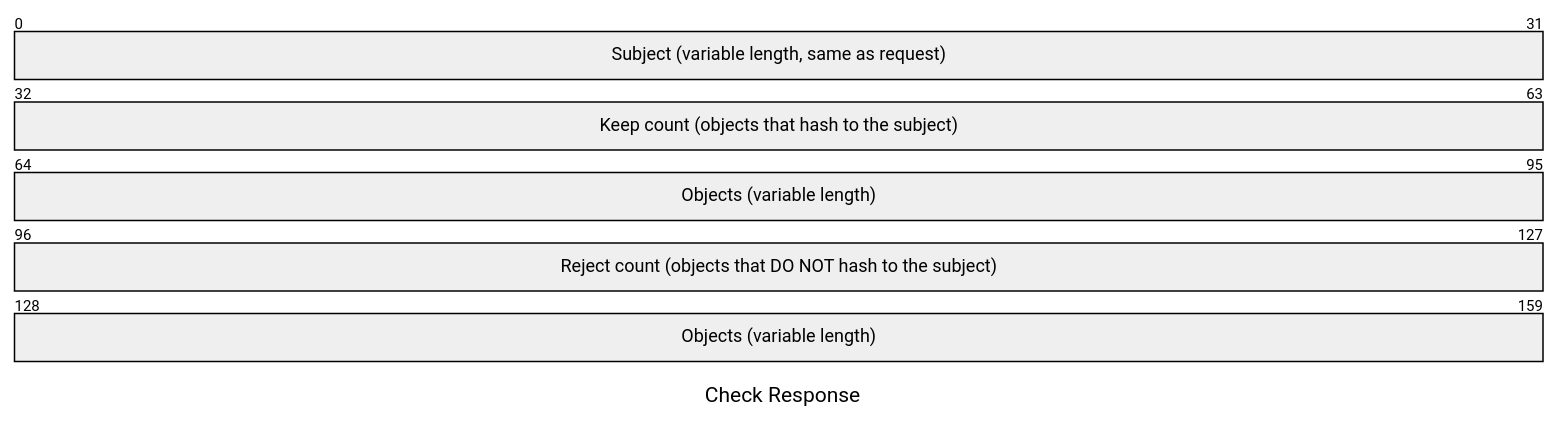
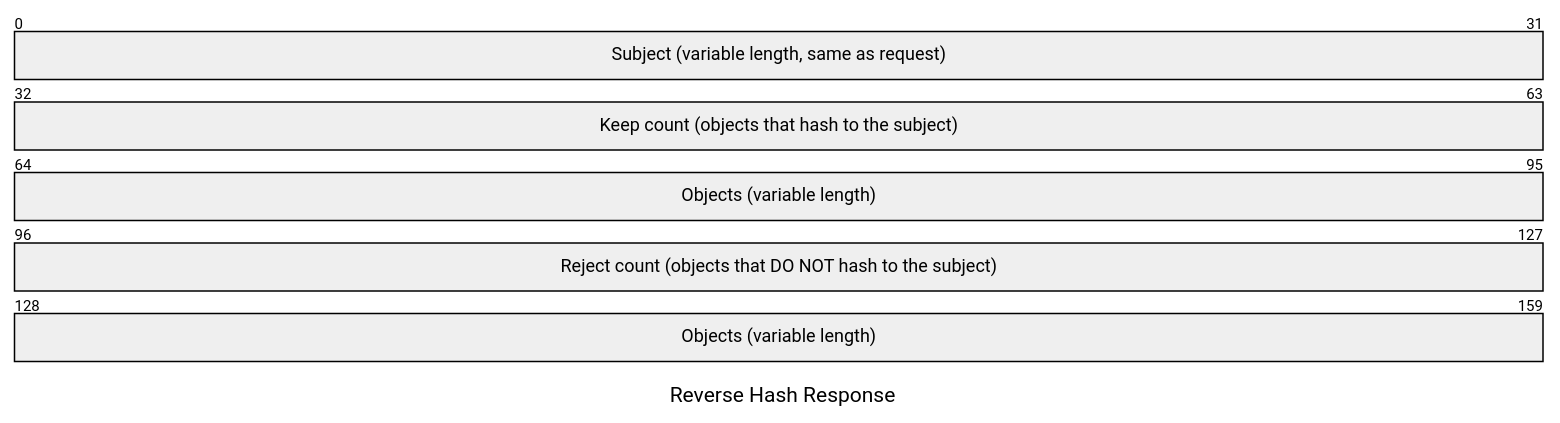
One commit to xmidt-org/hashy changed the fifth of 5 diagrams in README.md. Above: the diagram before and after it, drawn with Mermaid. The commit also changed other lines of this file, not shown here.

Commit message:
feat: hash vs reverse hash, errors

````diff
--- a/README.md
+++ b/README.md
@@ -96,11 +129,11 @@
 ```mermaid
 ---
-title: "Check Response"
+title: "Reverse Hash Response"
 ---
 packet
 +32: "Subject (variable length, same as request)"
 +32: "Keep count (objects that hash to the subject)"
 +32: "Objects (variable length)"
 +32: "Reject count (objects that DO NOT hash to the subject)"
 +32: "Objects (variable length)"
 ```
````
